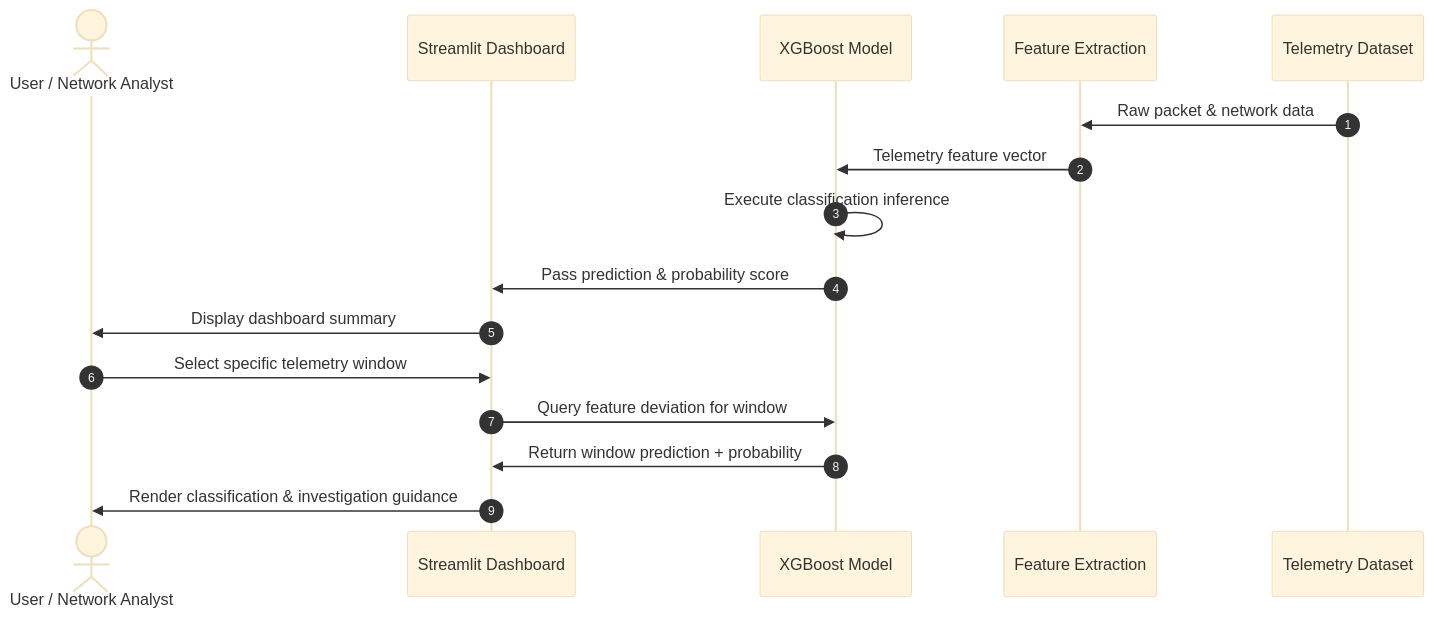
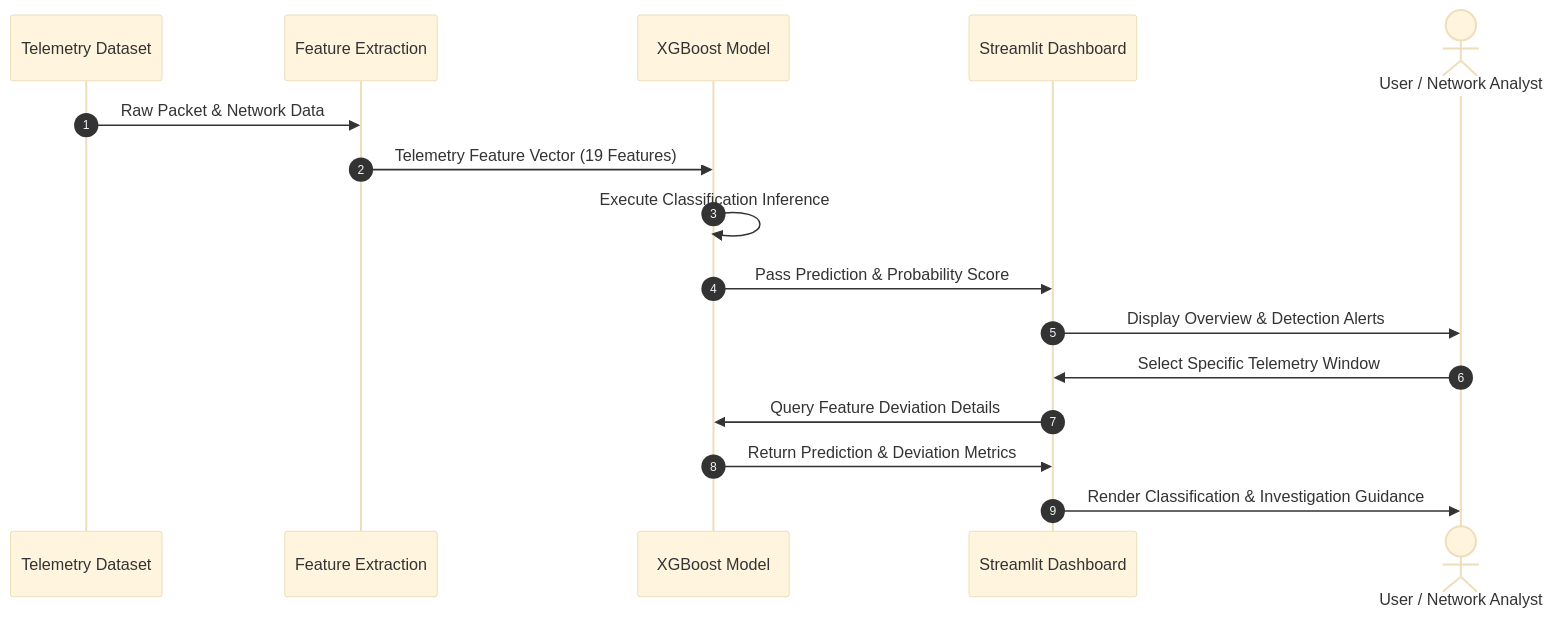
The sixth of 6 diagrams in README (1).md (Chinmayanand03/5G-Network-Anomaly-Detection-Using-XGBoost-Based-Telemetry-Analysis), drawn with Mermaid (base theme) before and after one commit. The commit also changed other lines of this file and 1 other file, not shown here.

Commit message:
Fix Model Workflow diagram participant order and layout clarity

````diff
--- a/README (1).md
+++ b/README (1).md
@@ -415,19 +443,19 @@
 ```mermaid
 sequenceDiagram
     autonumber
+    participant D as Telemetry Dataset
+    participant F as Feature Extraction
+    participant M as XGBoost Model
+    participant S as Streamlit Dashboard
     actor U as User / Network Analyst
-    participant S as Streamlit Dashboard
-    participant M as XGBoost Model
-    participant F as Feature Extraction
-    participant D as Telemetry Dataset
 
-    D->>F: Raw packet & network data
-    F->>M: Telemetry feature vector
-    M->>M: Execute classification inference
-    M->>S: Pass prediction & probability score
-    S->>U: Display dashboard summary
-    U->>S: Select specific telemetry window
-    S->>M: Query feature deviation for window
-    M->>S: Return window prediction + probability
-    S->>U: Render classification & investigation guidance
+    D->>F: Raw Packet & Network Data
+    F->>M: Telemetry Feature Vector (19 Features)
+    M->>M: Execute Classification Inference
+    M->>S: Pass Prediction & Probability Score
+    S->>U: Display Overview & Detection Alerts
+    U->>S: Select Specific Telemetry Window
+    S->>M: Query Feature Deviation Details
+    M->>S: Return Prediction & Deviation Metrics
+    S->>U: Render Classification & Investigation Guidance
 ```
````
